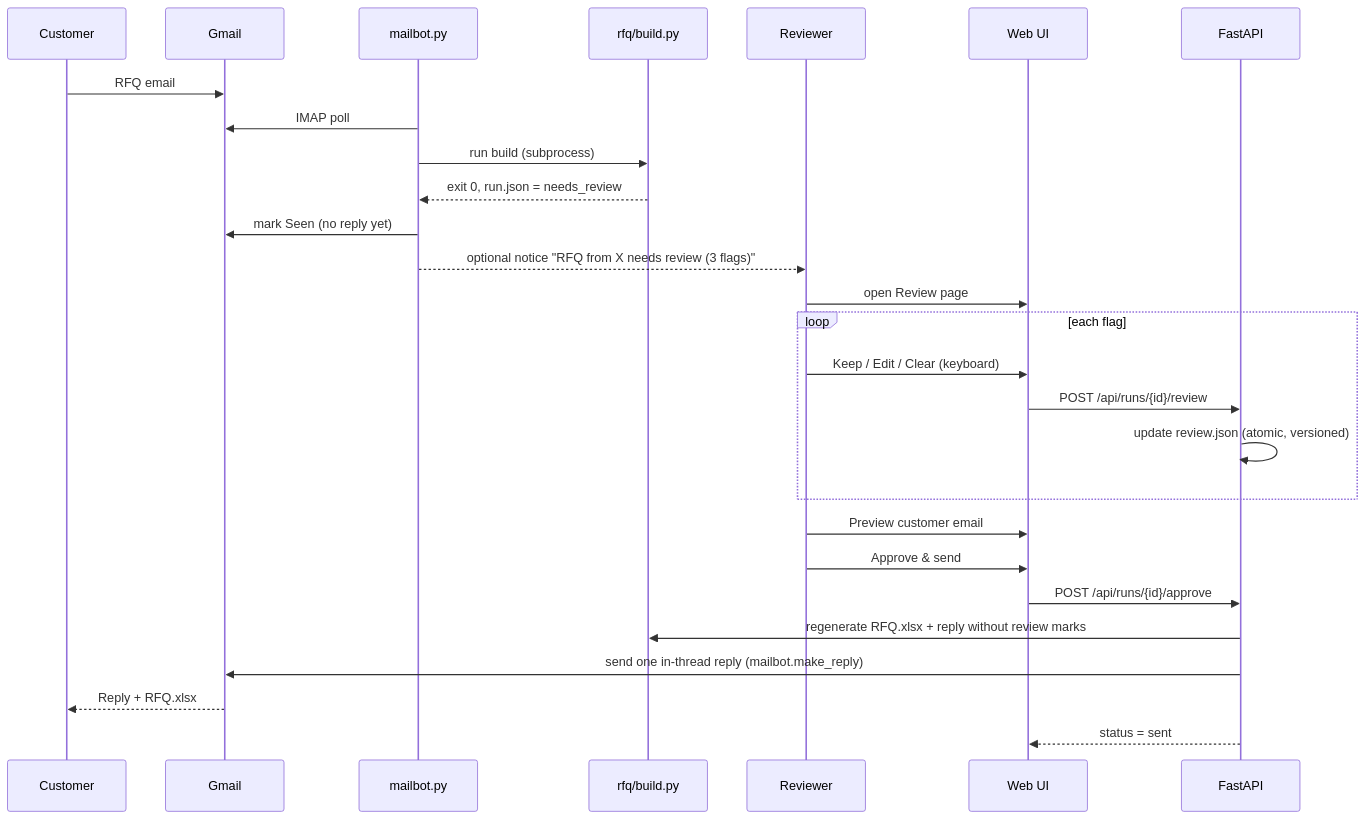
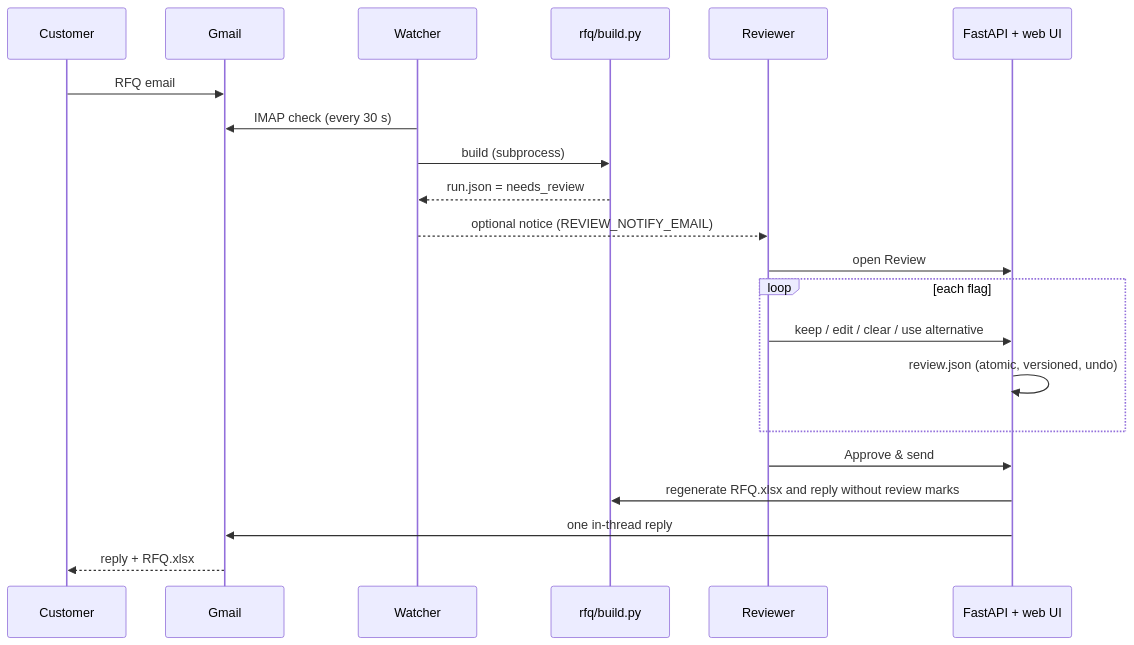
The seventh of 10 diagrams in document.md (Prajwaljb/AutoRFQ), drawn with Mermaid before and after one commit. The commit also changed other lines of this file and 14 other files, not shown here.

````diff
--- a/document.md
+++ b/document.md
@@ -280,30 +315,24 @@
 ```mermaid
 sequenceDiagram
     participant C as Customer
     participant G as Gmail
-    participant MB as mailbot.py
+    participant W as Watcher
     participant B as rfq/build.py
     participant R as Reviewer
-    participant W as Web UI
-    participant A as FastAPI
+    participant A as FastAPI + web UI
 
     C->>G: RFQ email
-    MB->>G: IMAP poll
-    MB->>B: run build (subprocess)
-    B-->>MB: exit 0, run.json = needs_review
-    MB->>G: mark Seen (no reply yet)
-    MB-->>R: optional notice "RFQ from X needs review (3 flags)"
-    R->>W: open Review page
+    W->>G: IMAP check (every 30 s)
+    W->>B: build (subprocess)
+    B-->>W: run.json = needs_review
+    W-->>R: optional notice (REVIEW_NOTIFY_EMAIL)
+    R->>A: open Review
     loop each flag
-        R->>W: Keep / Edit / Clear (keyboard)
-        W->>A: POST /api/runs/{id}/review
-        A->>A: update review.json (atomic, versioned)
+        R->>A: keep / edit / clear / use alternative
+        A->>A: review.json (atomic, versioned, undo)
     end
-    R->>W: Preview customer email
-    R->>W: Approve & send
-    W->>A: POST /api/runs/{id}/approve
-    A->>B: regenerate RFQ.xlsx + reply without review marks
-    A->>G: send one in-thread reply (mailbot.make_reply)
-    G-->>C: Reply + RFQ.xlsx
-    A-->>W: status = sent
+    R->>A: Approve & send
+    A->>B: regenerate RFQ.xlsx and reply without review marks
+    A->>G: one in-thread reply
+    G-->>C: reply + RFQ.xlsx
 ```
````
